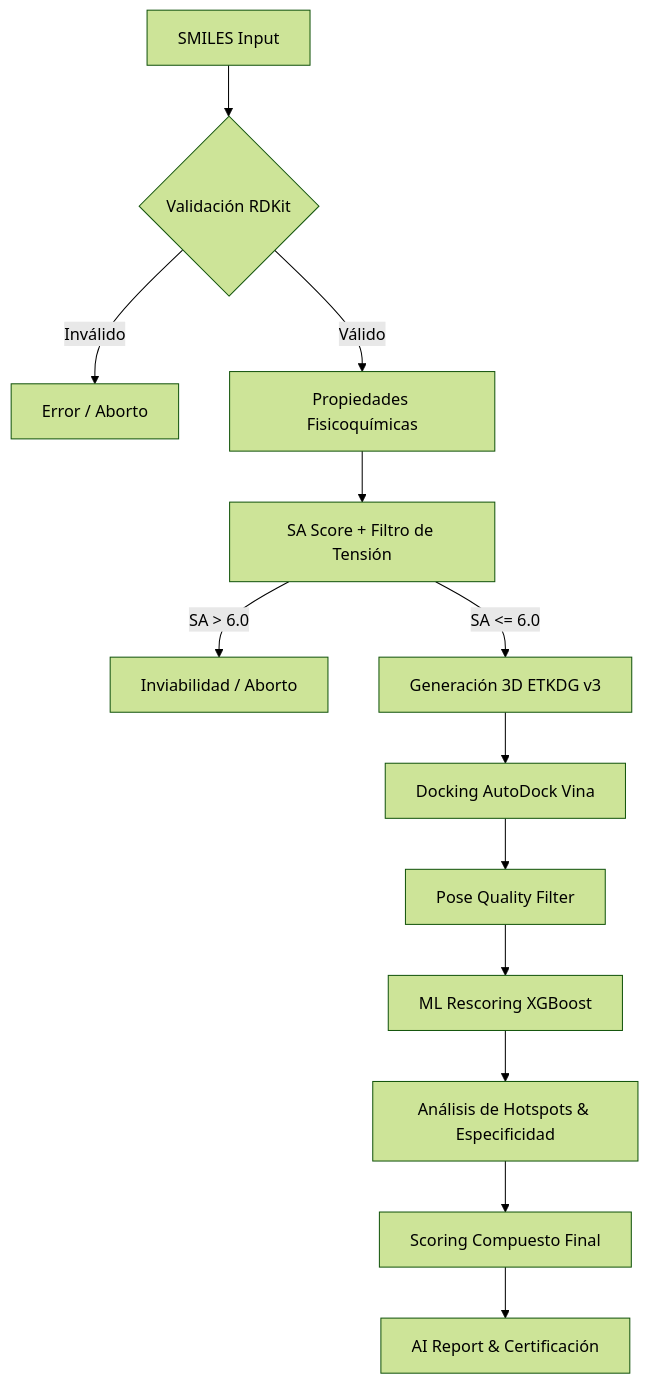
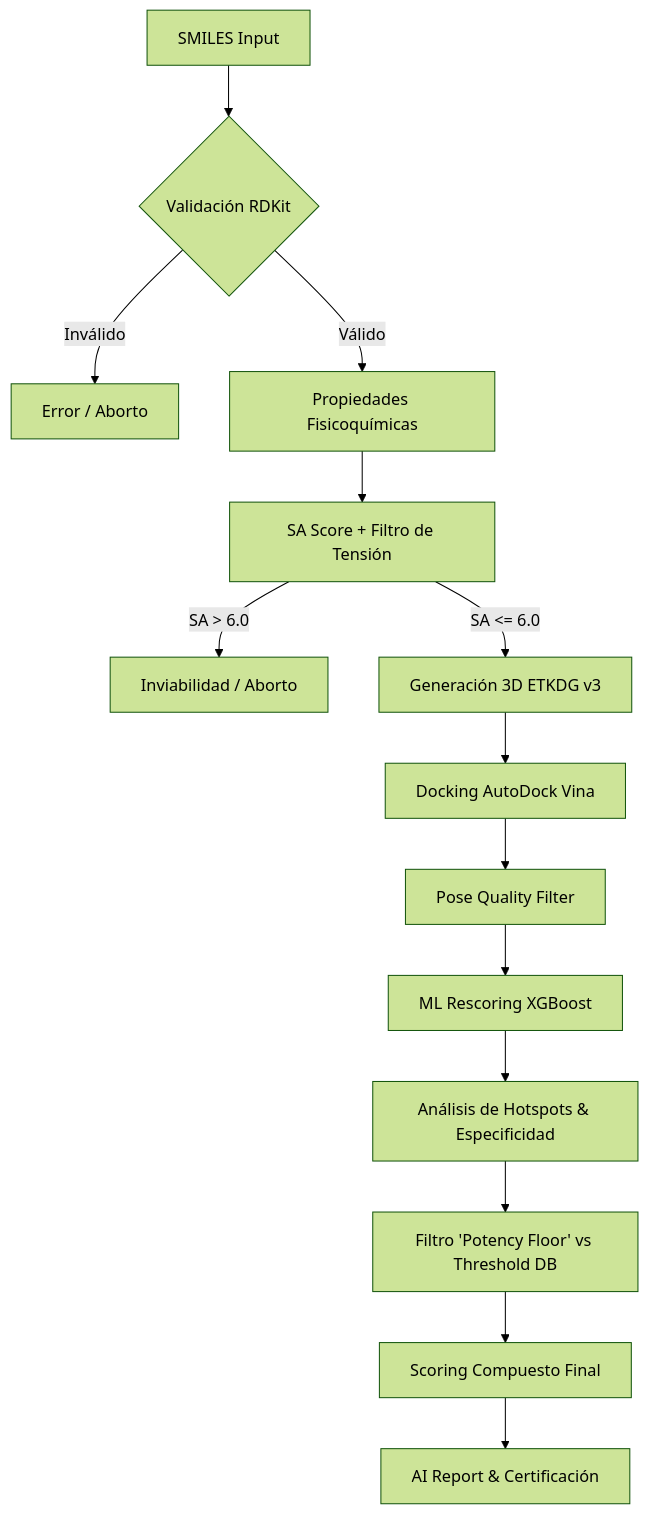
Before and after one commit to srcacahuate619/molecule-design: the diagram in docs/ARCHITECTURE_OVERVIEW.md, drawn with Mermaid (forest theme). The commit also changed 2 other files, not shown here.

Commit message:
docs: update scientific foundation and optimization logs for v4.5

````diff
--- a/docs/ARCHITECTURE_OVERVIEW.md
+++ b/docs/ARCHITECTURE_OVERVIEW.md
@@ -9,15 +9,16 @@
 ```mermaid
 graph TD
     A[SMILES Input] --> B{Validación RDKit}
     B -- Inválido --> C[Error / Aborto]
     B -- Válido --> D[Propiedades Fisicoquímicas]
     D --> E[SA Score + Filtro de Tensión]
     E -- SA > 6.0 --> F[Inviabilidad / Aborto]
     E -- SA <= 6.0 --> G[Generación 3D ETKDG v3]
     G --> H[Docking AutoDock Vina]
     H --> I[Pose Quality Filter]
     I --> J[ML Rescoring XGBoost]
     J --> K[Análisis de Hotspots & Especificidad]
-    K --> L[Scoring Compuesto Final]
-    L --> M[AI Report & Certificación]
+    K --> L[Filtro 'Potency Floor' vs Threshold DB]
+    L --> M[Scoring Compuesto Final]
+    M --> N[AI Report & Certificación]
 ```
````
